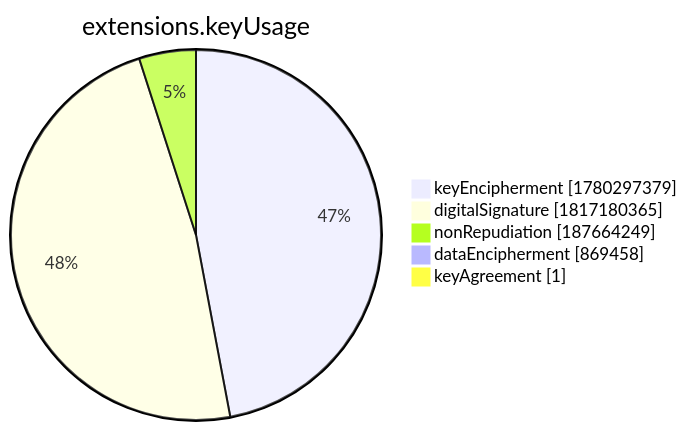
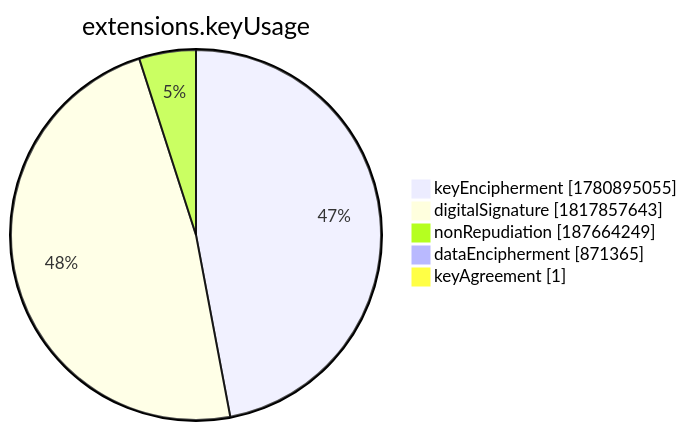
Before and after one commit to christiankrug/ctmonitor_visualization: the seventh of 15 diagrams in xenon2022/README.md, drawn with Mermaid. The commit also changed other lines of this file, not shown here.

````diff
--- a/xenon2022/README.md
+++ b/xenon2022/README.md
@@ -2859,9 +2859,9 @@
 ```mermaid
 pie showData
 title extensions.keyUsage
-"keyEncipherment" :1780297379
-"digitalSignature" :1817180365
+"keyEncipherment" :1780895055
+"digitalSignature" :1817857643
 "nonRepudiation" :187664249
-"dataEncipherment" :869458
+"dataEncipherment" :871365
 "keyAgreement" :1
 ```
````
